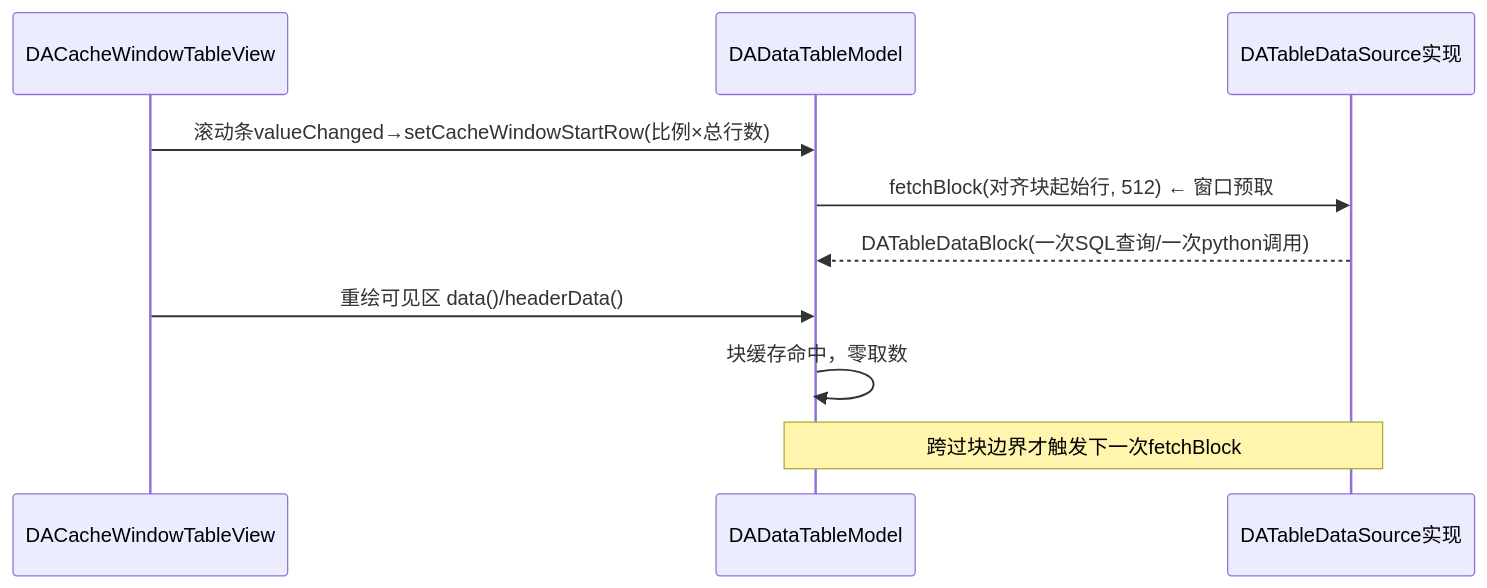
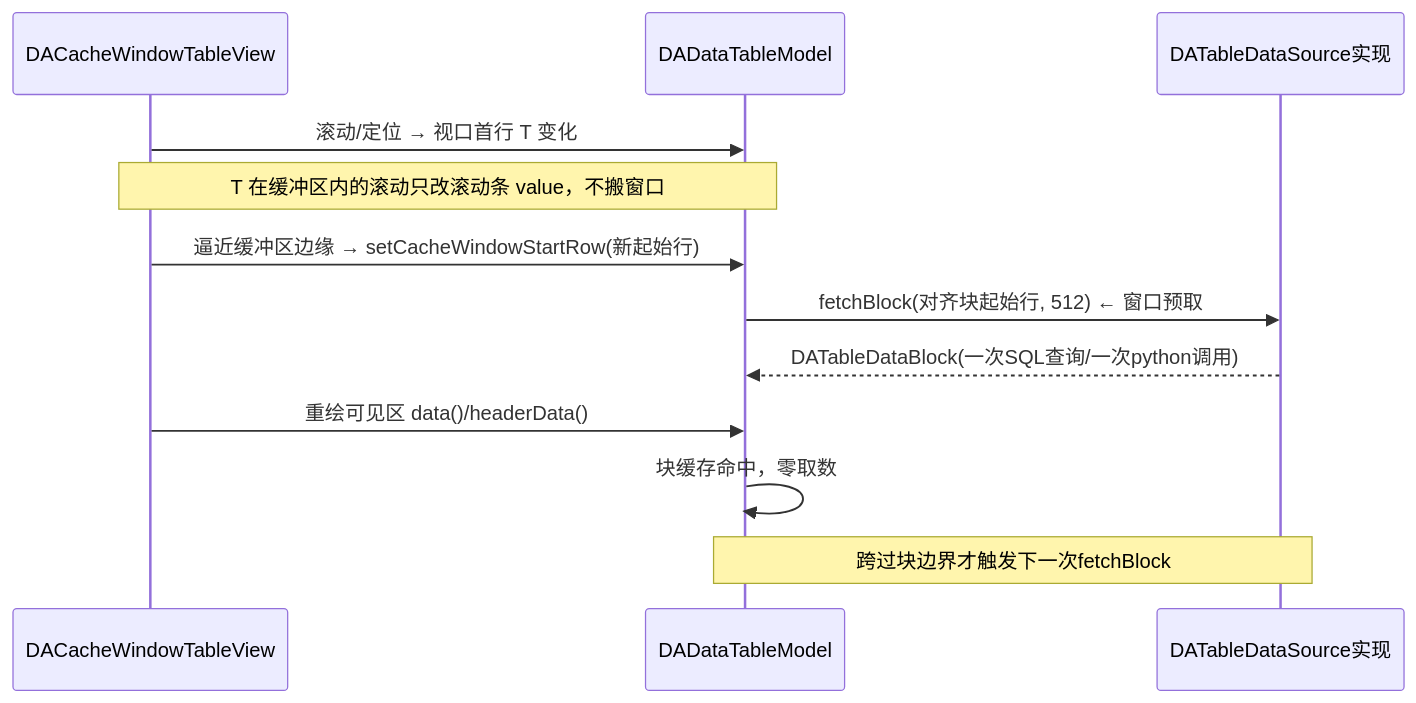
Before and after one commit to czyt1988/data-workbench: the second of 2 diagrams in docs/zh/dev-guide/architecture/table-data-source.md, drawn with Mermaid. The commit also changed other lines of this file and 2 other files, not shown here.

````diff
--- a/docs/zh/dev-guide/architecture/table-data-source.md
+++ b/docs/zh/dev-guide/architecture/table-data-source.md
@@ -69,12 +70,14 @@
 ```mermaid
 sequenceDiagram
     participant V as DACacheWindowTableView
     participant M as DADataTableModel
     participant S as DATableDataSource实现
-    V->>M: 滚动条valueChanged→setCacheWindowStartRow(比例×总行数)
+    V->>M: 滚动/定位 → 视口首行 T 变化
+    Note over V,M: T 在缓冲区内的滚动只改滚动条 value，不搬窗口
+    V->>M: 逼近缓冲区边缘 → setCacheWindowStartRow(新起始行)
     M->>S: fetchBlock(对齐块起始行, 512)  ← 窗口预取
     S-->>M: DATableDataBlock(一次SQL查询/一次python调用)
     V->>M: 重绘可见区 data()/headerData()
     M->>M: 块缓存命中，零取数
     Note over M,S: 跨过块边界才触发下一次fetchBlock
 ```
````
